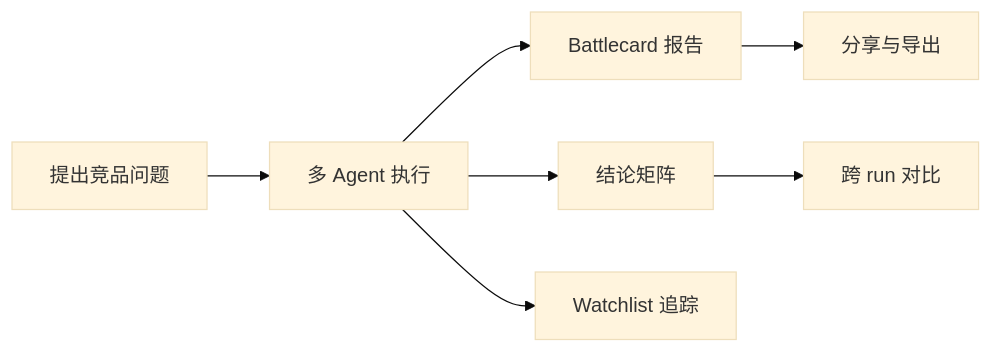
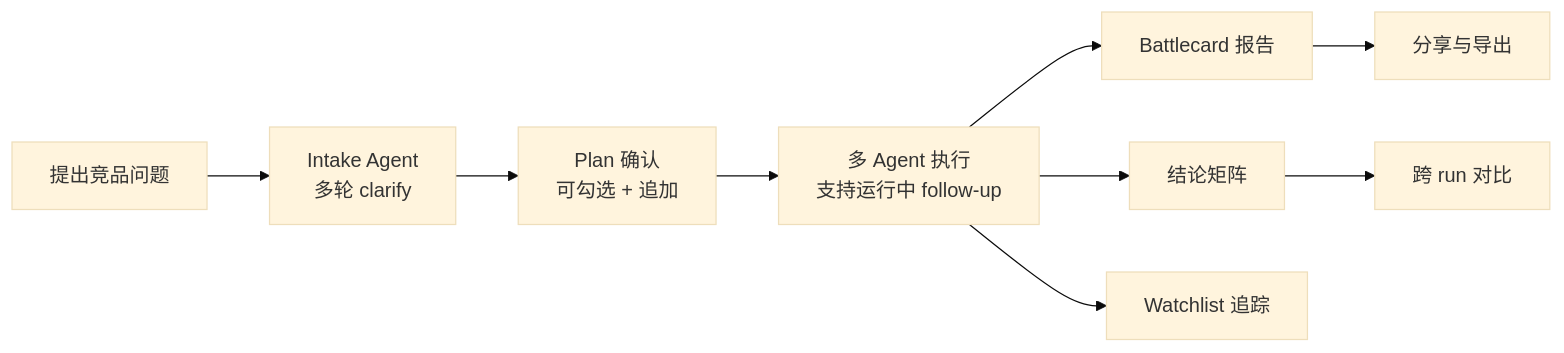
Before and after one commit to wanghong5233/RivalLens: the diagram in docs/1-product-vision.md, drawn with Mermaid (base theme). The commit also changed other lines of this file, not shown here.

Commit message:
docs(vision): integrate chat intake + plan confirmation into user contract

````diff
--- a/docs/1-product-vision.md
+++ b/docs/1-product-vision.md
@@ -7,9 +7,11 @@
 ```mermaid
 flowchart LR
-    Input[提出竞品问题] --> Agent[多 Agent 执行]
+    Input[提出竞品问题] --> Intake[Intake Agent<br/>多轮 clarify]
+    Intake --> Plan[Plan 确认<br/>可勾选 + 追加]
+    Plan --> Agent[多 Agent 执行<br/>支持运行中 follow-up]
     Agent --> Report[Battlecard 报告]
     Agent --> Conclusions[结论矩阵]
     Report --> Share[分享与导出]
     Conclusions --> Compare[跨 run 对比]
     Agent --> Watch[Watchlist 追踪]
 ```
````
